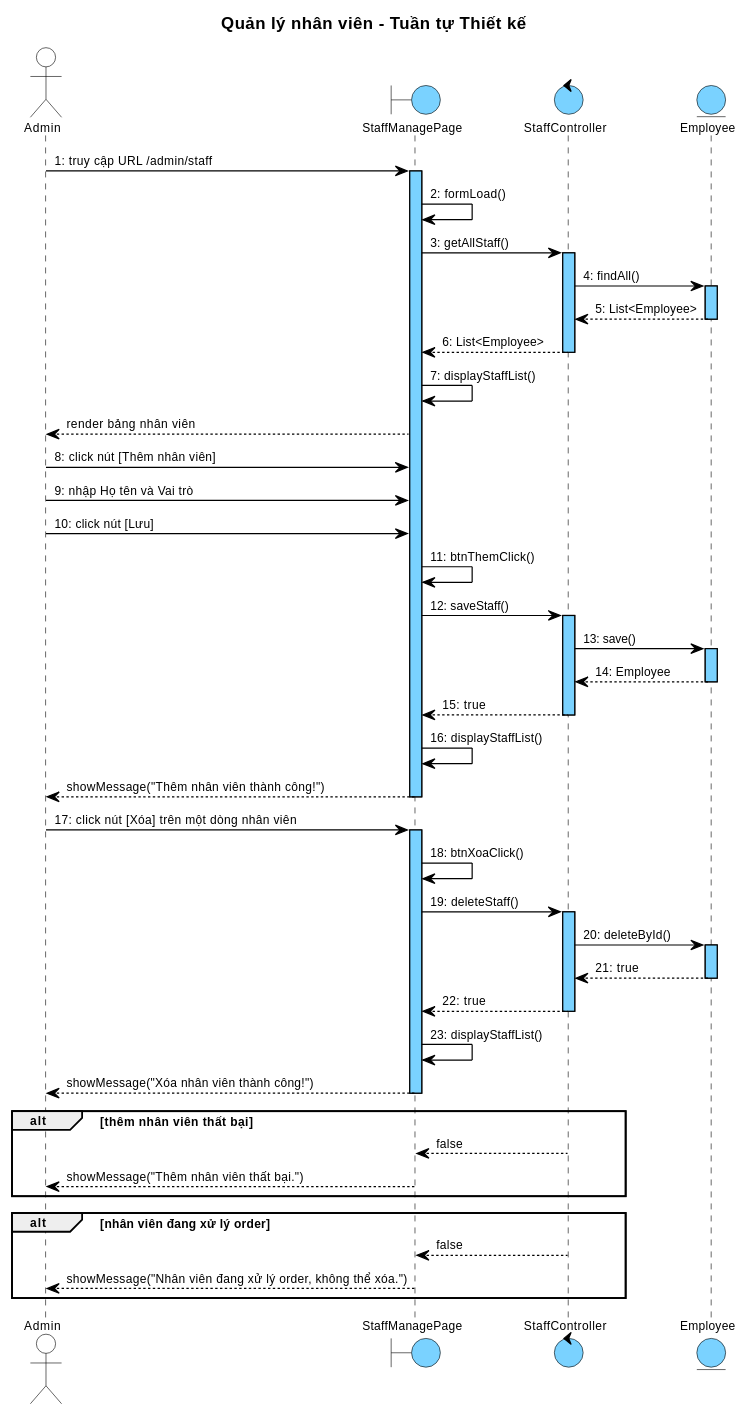
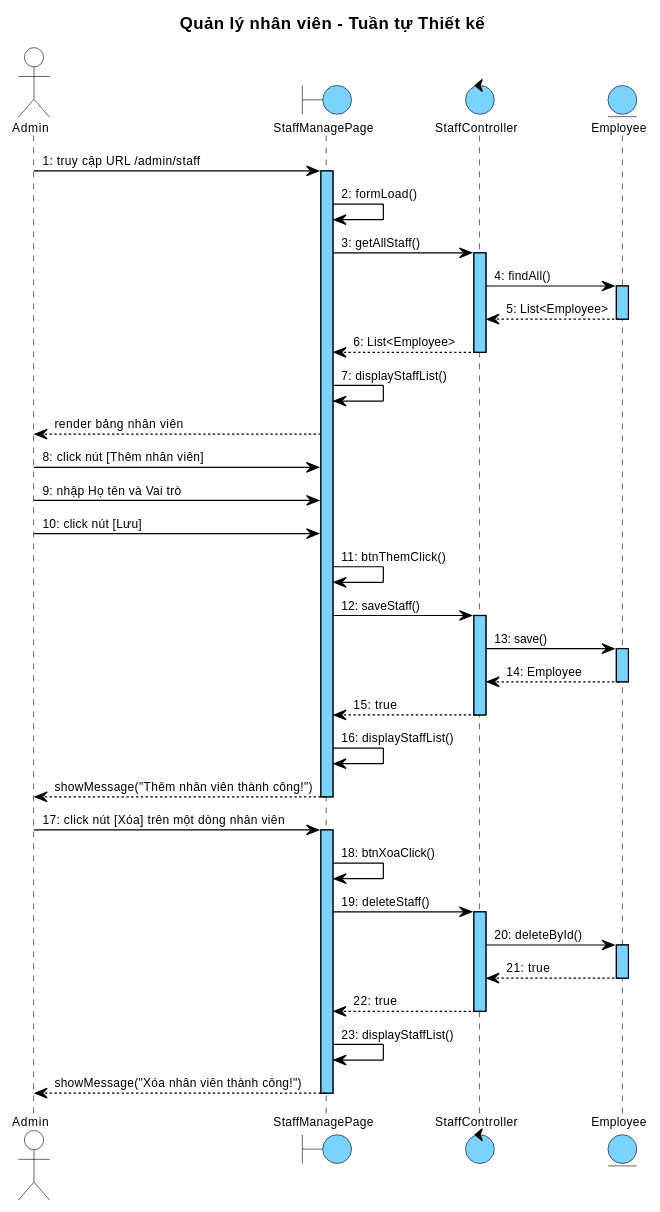
The sixth of 6 diagrams in docs/tabs/section-account-iii.md (thanhtrnnn/cnpm), drawn with PlantUML before and after one commit. The commit also changed other lines of this file and 2 other files, not shown here.

First line of the commit message:
fix: remove exceptions from sequences, reformat headings 1→1.1→1.1.1, update wireframes to match class attributes

````diff
--- a/docs/tabs/section-account-iii.md
+++ b/docs/tabs/section-account-iii.md
@@ -1093,15 +1026,5 @@
 B1 -> B1 : 23: displayStaffList()
 B1 --> Admin : showMessage("Xóa nhân viên thành công!")
 deactivate B1
-
-alt thêm nhân viên thất bại
-  C1 --> B1 : false
-  B1 --> Admin : showMessage("Thêm nhân viên thất bại.")
-end
-
-alt nhân viên đang xử lý order
-  C1 --> B1 : false
-  B1 --> Admin : showMessage("Nhân viên đang xử lý order, không thể xóa.")
-end
 @enduml
 ```
````
